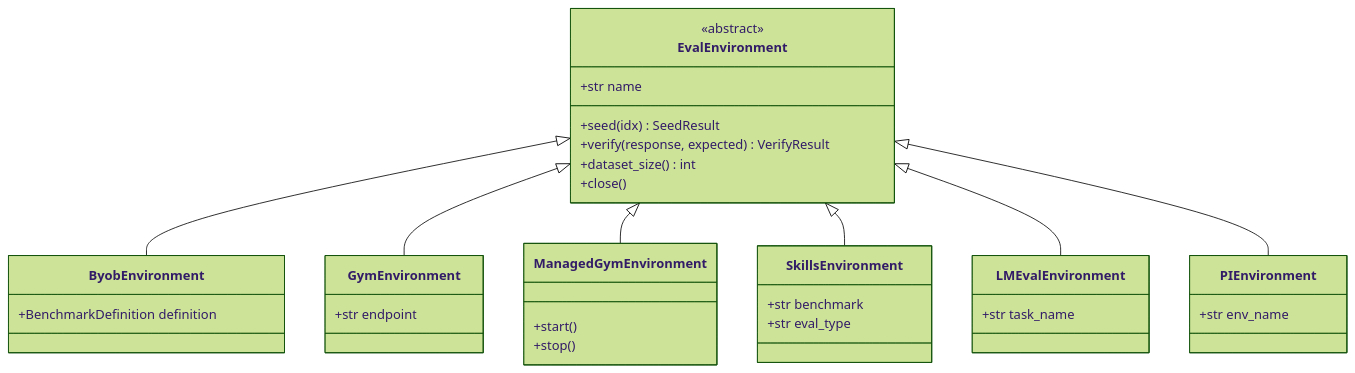
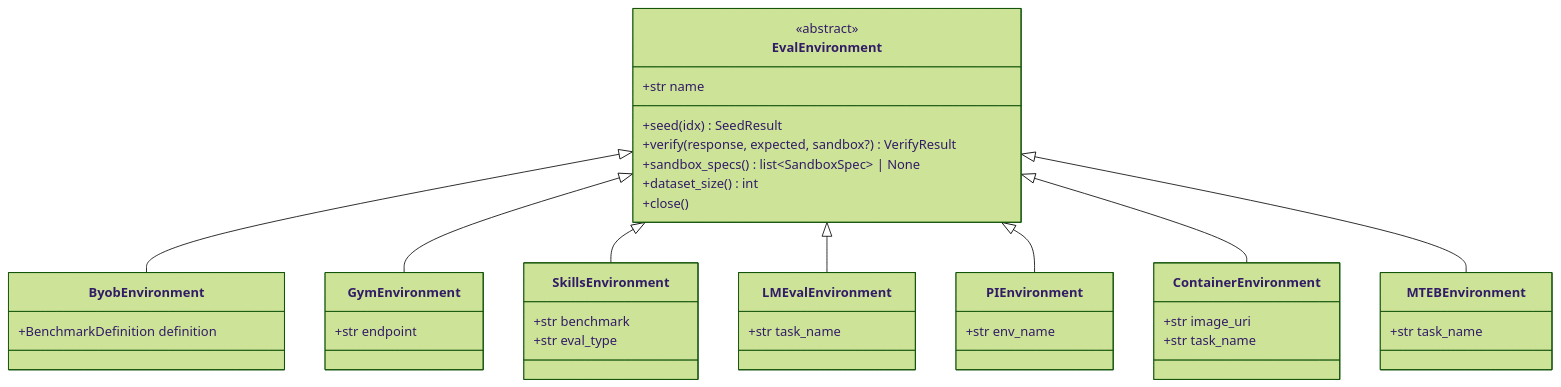
The second of 6 diagrams in docs/architecture/index.md (NVIDIA-NeMo/Evaluator), drawn with Mermaid (forest theme) before and after one commit. The commit also changed other lines of this file and 63 other files, not shown here.

````diff
--- a/docs/architecture/index.md
+++ b/docs/architecture/index.md
@@ -94,44 +105,50 @@
 ```{mermaid}
 classDiagram
     class EvalEnvironment {
         <<abstract>>
         +str name
         +seed(idx) SeedResult
-        +verify(response, expected) VerifyResult
+        +verify(response, expected, sandbox?) VerifyResult
+        +sandbox_specs() list~SandboxSpec~ | None
         +dataset_size() int
         +close()
     }
 
     class ByobEnvironment {
         +BenchmarkDefinition definition
     }
 
     class GymEnvironment {
         +str endpoint
-    }
-
-    class ManagedGymEnvironment {
-        +start()
-        +stop()
     }
 
     class SkillsEnvironment {
         +str benchmark
         +str eval_type
     }
 
     class LMEvalEnvironment {
         +str task_name
     }
 
     class PIEnvironment {
         +str env_name
     }
 
+    class ContainerEnvironment {
+        +str image_uri
+        +str task_name
+    }
+
+    class MTEBEnvironment {
+        +str task_name
+    }
+
     EvalEnvironment <|-- ByobEnvironment
     EvalEnvironment <|-- GymEnvironment
-    EvalEnvironment <|-- ManagedGymEnvironment
     EvalEnvironment <|-- SkillsEnvironment
     EvalEnvironment <|-- LMEvalEnvironment
     EvalEnvironment <|-- PIEnvironment
+    EvalEnvironment <|-- ContainerEnvironment
+    EvalEnvironment <|-- MTEBEnvironment
 ```
````
